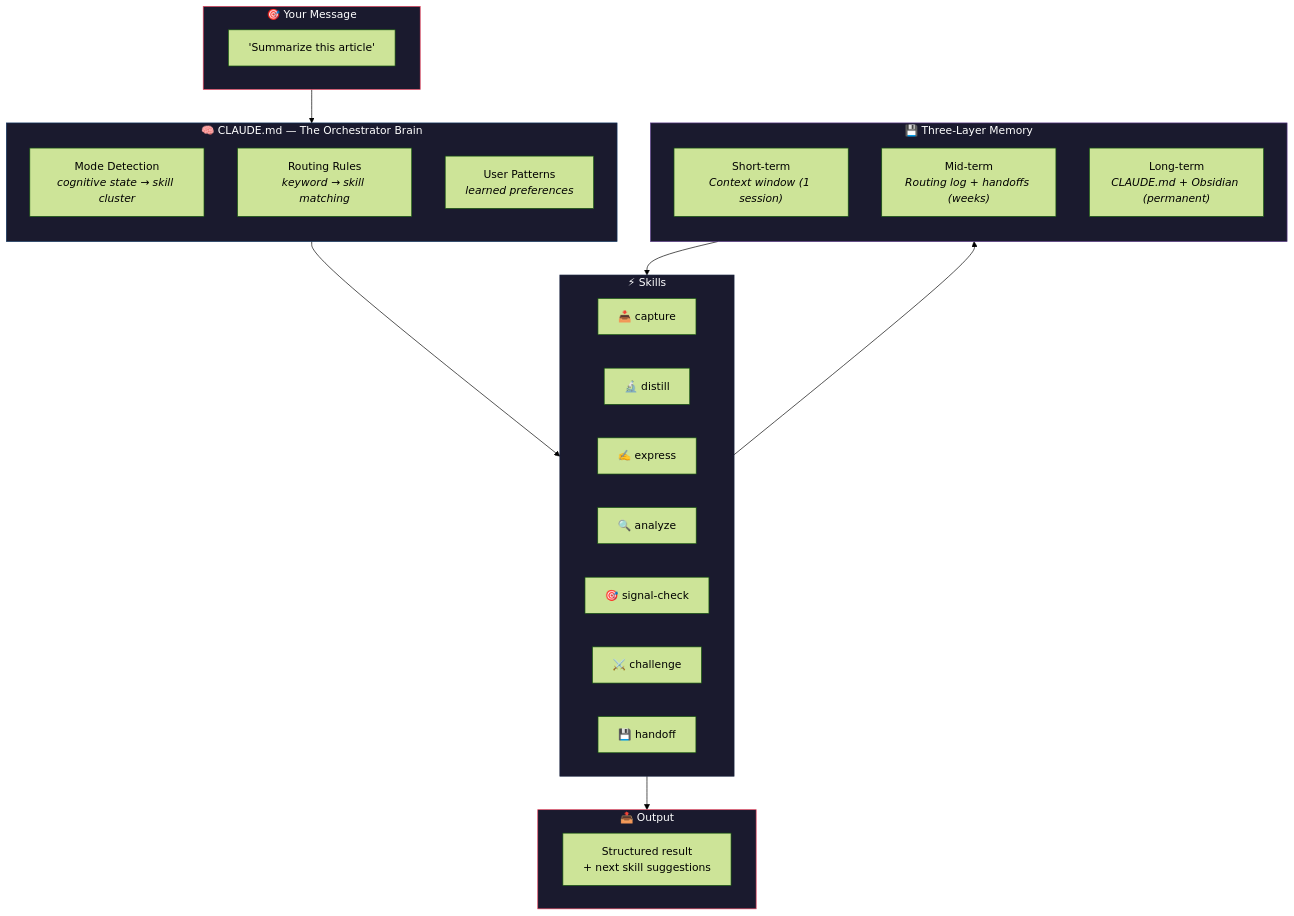
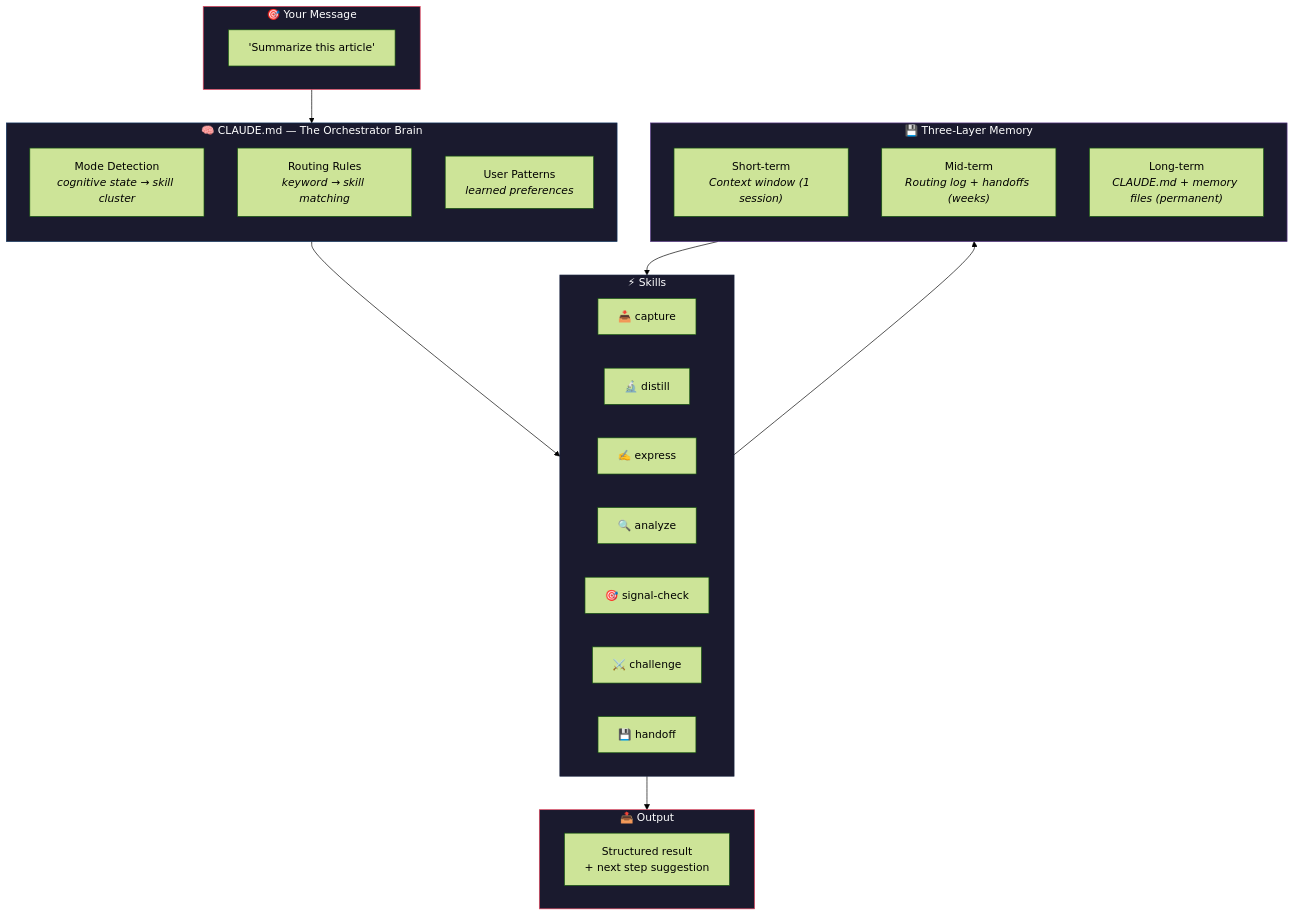
Before and after one commit to janrummel/claude-orchestrator-starter: the first of 4 diagrams in README.md, drawn with Mermaid (forest theme). The commit also changed other lines of this file and 13 other files, not shown here.

````diff
--- a/README.md
+++ b/README.md
@@ -59,48 +59,48 @@
 ```mermaid
 flowchart TB
     subgraph INPUT ["🎯 Your Message"]
         direction LR
         msg["'Summarize this article'"]
     end
 
     subgraph BRAIN ["🧠 CLAUDE.md — The Orchestrator Brain"]
         direction TB
         mode["Mode Detection<br/><i>cognitive state → skill cluster</i>"]
         route["Routing Rules<br/><i>keyword → skill matching</i>"]
         patterns["User Patterns<br/><i>learned preferences</i>"]
     end
 
     subgraph SKILLS ["⚡ Skills"]
         direction LR
         capture["📥 capture"]
         distill["🔬 distill"]
         express["✍️ express"]
         analyze["🔍 analyze"]
         signal["🎯 signal-check"]
         challenge["⚔️ challenge"]
         handoff["💾 handoff"]
     end
 
     subgraph MEMORY ["💾 Three-Layer Memory"]
         direction TB
         short["Short-term<br/><i>Context window (1 session)</i>"]
         mid["Mid-term<br/><i>Routing log + handoffs (weeks)</i>"]
-        long["Long-term<br/><i>CLAUDE.md + Obsidian (permanent)</i>"]
+        long["Long-term<br/><i>CLAUDE.md + memory files (permanent)</i>"]
     end
 
     subgraph OUTPUT ["📤 Output"]
-        result["Structured result<br/>+ next skill suggestions"]
+        result["Structured result<br/>+ next step suggestion"]
     end
 
     INPUT --> BRAIN
     BRAIN --> SKILLS
     SKILLS --> MEMORY
     MEMORY --> SKILLS
     SKILLS --> OUTPUT
 
     style INPUT fill:#1a1a2e,stroke:#e94560,color:#fff
     style BRAIN fill:#1a1a2e,stroke:#0f3460,color:#fff
     style SKILLS fill:#1a1a2e,stroke:#16213e,color:#fff
     style MEMORY fill:#1a1a2e,stroke:#533483,color:#fff
     style OUTPUT fill:#1a1a2e,stroke:#e94560,color:#fff
 ```
````
